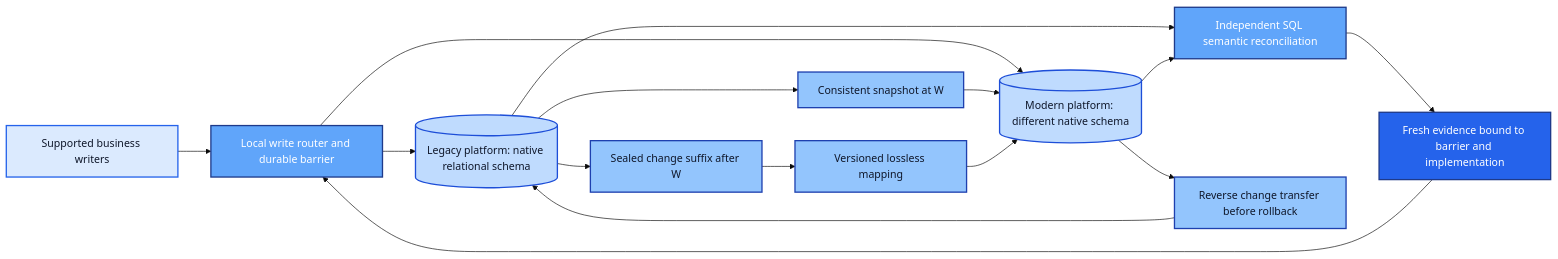
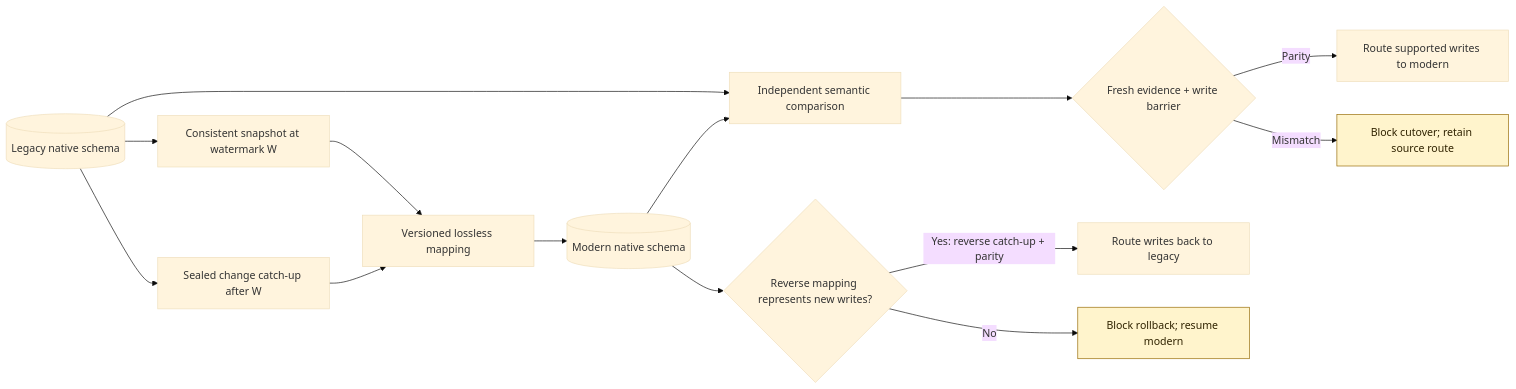
One commit to rlbsem/martech-migration-assurance changed the diagram in README.md. Above: the diagram before and after it, drawn with Mermaid (base theme).

Commit message:
Lead README with auditable visual proof and clarify execution boundaries

````diff
--- a/README.md
+++ b/README.md
@@ -11,29 +11,18 @@
 ```mermaid
 flowchart LR
-  W[Supported business writers] --> G[Local write router and durable barrier]
-  G --> L[(Legacy platform: native relational schema)]
-  G --> N[(Modern platform: different native schema)]
-  L --> S[Consistent snapshot at W]
-  S --> N
-  L --> C[Sealed change suffix after W]
-  C --> M[Versioned lossless mapping]
-  M --> N
-  L --> A[Independent SQL semantic reconciliation]
-  N --> A
-  A --> P[Fresh evidence bound to barrier and implementation]
-  P --> G
-  N --> R[Reverse change transfer before rollback]
-  R --> L
-
-  classDef input fill:#dbeafe,stroke:#2563eb,color:#0f172a,stroke-width:2px;
-  classDef foundation fill:#bfdbfe,stroke:#1d4ed8,color:#0f172a,stroke-width:2px;
-  classDef process fill:#93c5fd,stroke:#1e40af,color:#0f172a,stroke-width:2px;
-  classDef control fill:#60a5fa,stroke:#1e3a8a,color:#ffffff,stroke-width:2px;
-  classDef output fill:#2563eb,stroke:#1e3a8a,color:#ffffff,stroke-width:2px;
-
-  class W input;
-  class L,N foundation;
-  class S,C,M,R process;
-  class G,A control;
-  class P output;
+  L[(Legacy native schema)] --> S[Consistent snapshot at watermark W]
+  S --> M[Versioned lossless mapping]
+  L --> C[Sealed change catch-up after W]
+  C --> M
+  M --> N[(Modern native schema)]
+  L --> V[Independent semantic comparison]
+  N --> V
+  V --> G{Fresh evidence + write barrier}
+  G -->|Parity| R[Route supported writes to modern]
+  G -->|Mismatch| B[Block cutover; retain source route]
+  N --> Q{Reverse mapping represents new writes?}
+  Q -->|Yes: reverse catch-up + parity| K[Route writes back to legacy]
+  Q -->|No| X[Block rollback; resume modern]
+  classDef stop fill:#fff4cc,stroke:#946800,color:#302300;
+  class B,X stop;
 ```
````
